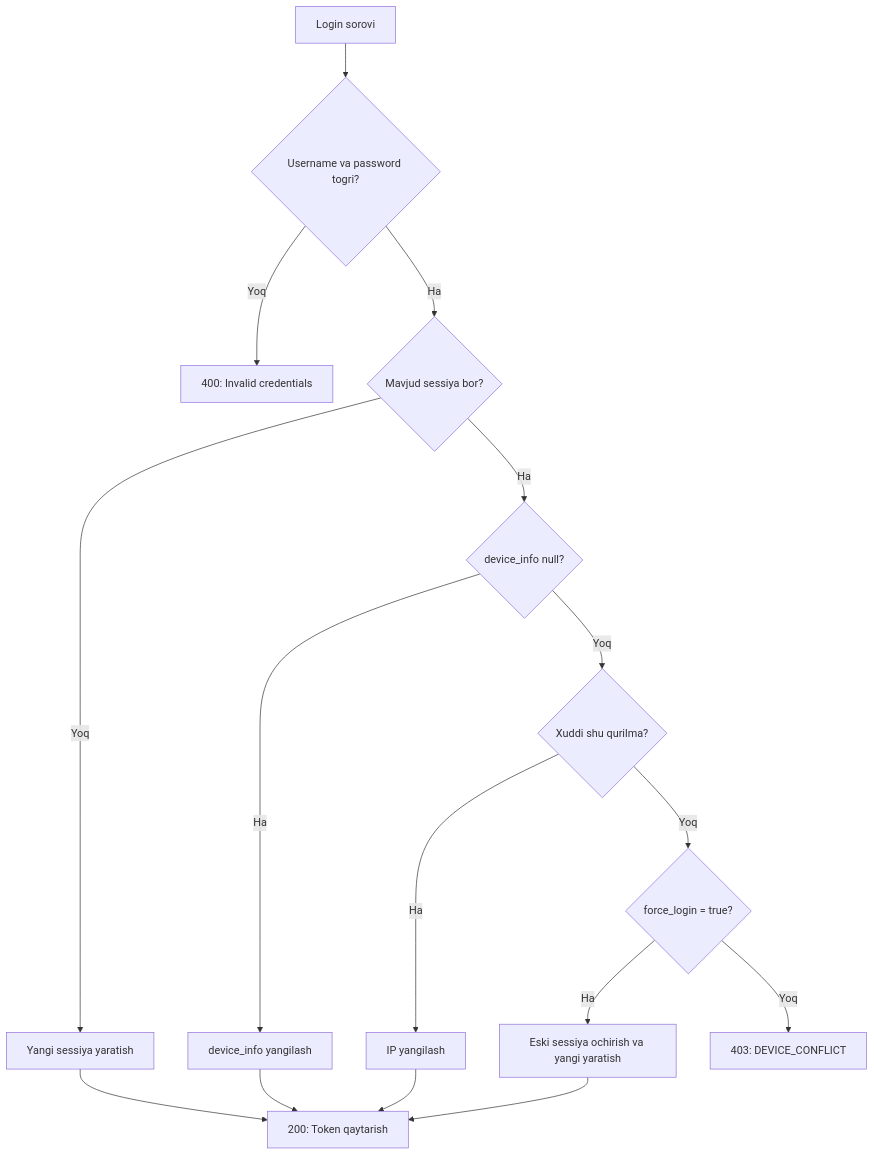
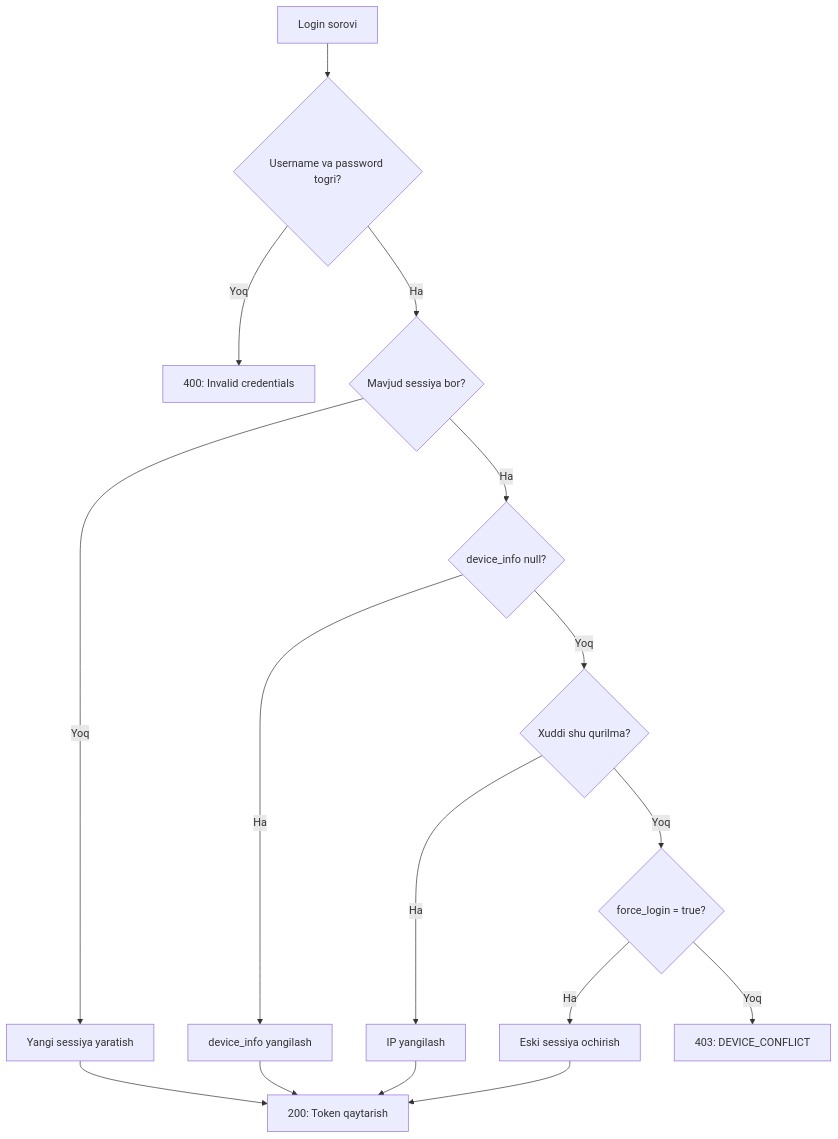
The seventh of 16 diagrams in README.md (khismoiloff/BrpAvtoTest), drawn with Mermaid before and after one commit. The commit also changed other lines of this file, not shown here.

````diff
--- a/README.md
+++ b/README.md
@@ -459,23 +552,23 @@
 ```mermaid
 %%{init: {'theme': 'default'}}%%
 flowchart TD
     A[Login sorovi] --> B{Username va password togri?}
     B -->|Yoq| C[400: Invalid credentials]
     B -->|Ha| D{Mavjud sessiya bor?}
-    
+
     D -->|Yoq| E[Yangi sessiya yaratish]
     E --> F[200: Token qaytarish]
-    
+
     D -->|Ha| G{device_info null?}
     G -->|Ha| H[device_info yangilash]
     H --> F
-    
+
     G -->|Yoq| I{Xuddi shu qurilma?}
     I -->|Ha| J[IP yangilash]
     J --> F
-    
+
     I -->|Yoq| K{force_login = true?}
-    K -->|Ha| L[Eski sessiya ochirish va yangi yaratish]
+    K -->|Ha| L[Eski sessiya ochirish]
     L --> F
     K -->|Yoq| M[403: DEVICE_CONFLICT]
 ```
````
